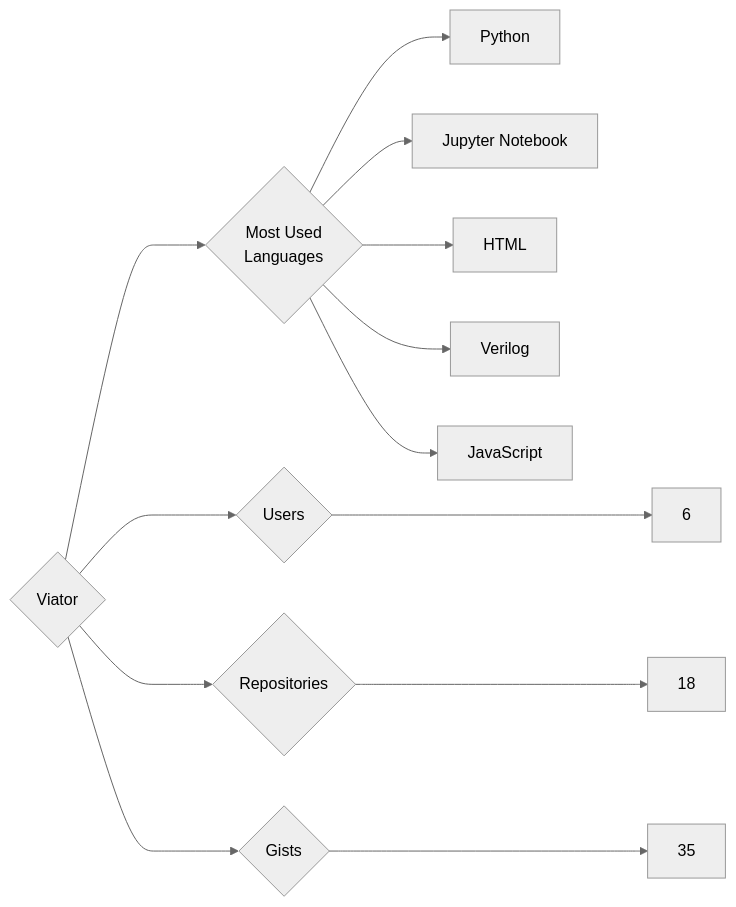
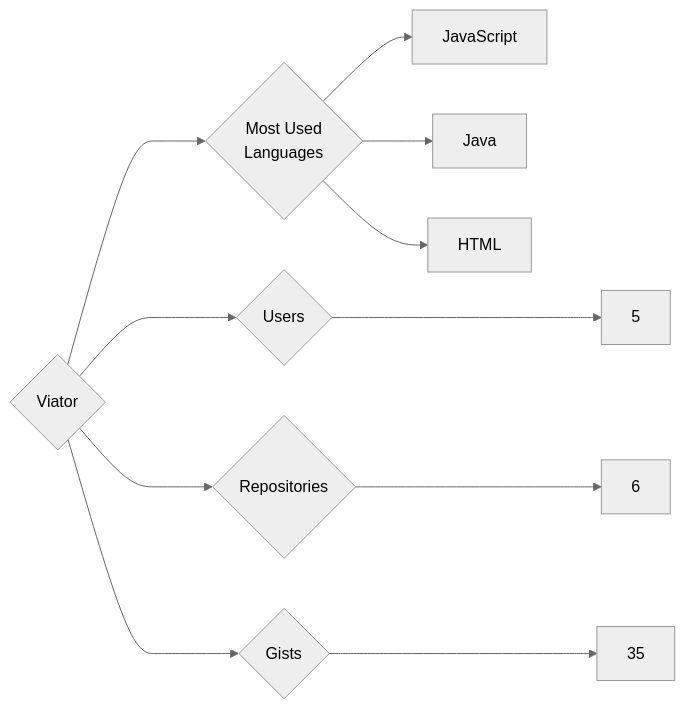
One commit to trickest/insiders changed the diagram in targets/Viator/README.md. Above: the diagram before and after it, drawn with Mermaid (neutral theme). The commit also changed 1696 other files, not shown here.

````diff
--- a/targets/Viator/README.md
+++ b/targets/Viator/README.md
@@ -3,13 +3,11 @@
 ```mermaid
 graph LR
 COMPANY_NAME{Viator}
-COMPANY_NAME ---> U{Users} ---> UN[6]
-COMPANY_NAME ---> R{Repositories} ---> RN[18]
+COMPANY_NAME ---> U{Users} ---> UN[5]
+COMPANY_NAME ---> R{Repositories} ---> RN[6]
 COMPANY_NAME ---> G{Gists} ---> GN[35]
 COMPANY_NAME ---> ML{Most Used<br>Languages}
-ML --> Python[Python]
-ML --> Jupyter_Notebook[Jupyter Notebook]
+ML --> JavaScript[JavaScript]
+ML --> Java[Java]
 ML --> HTML[HTML]
-ML --> Verilog[Verilog]
-ML --> JavaScript[JavaScript]
 ```
````
